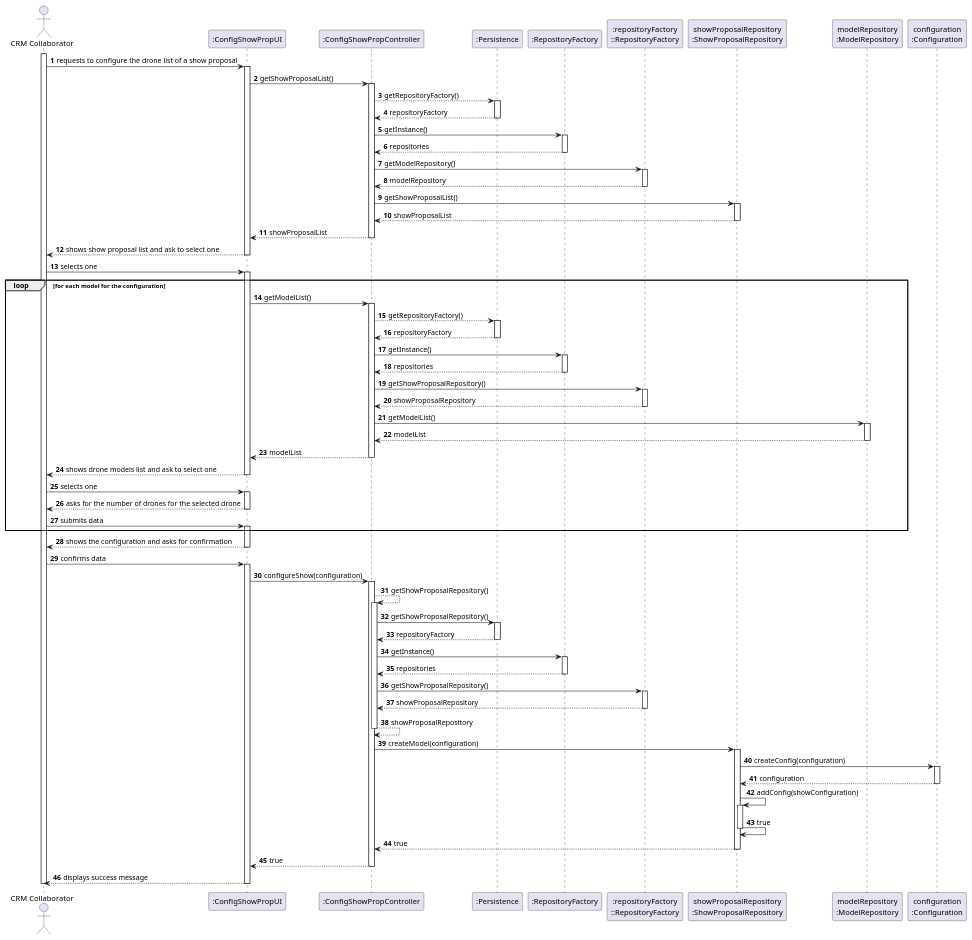
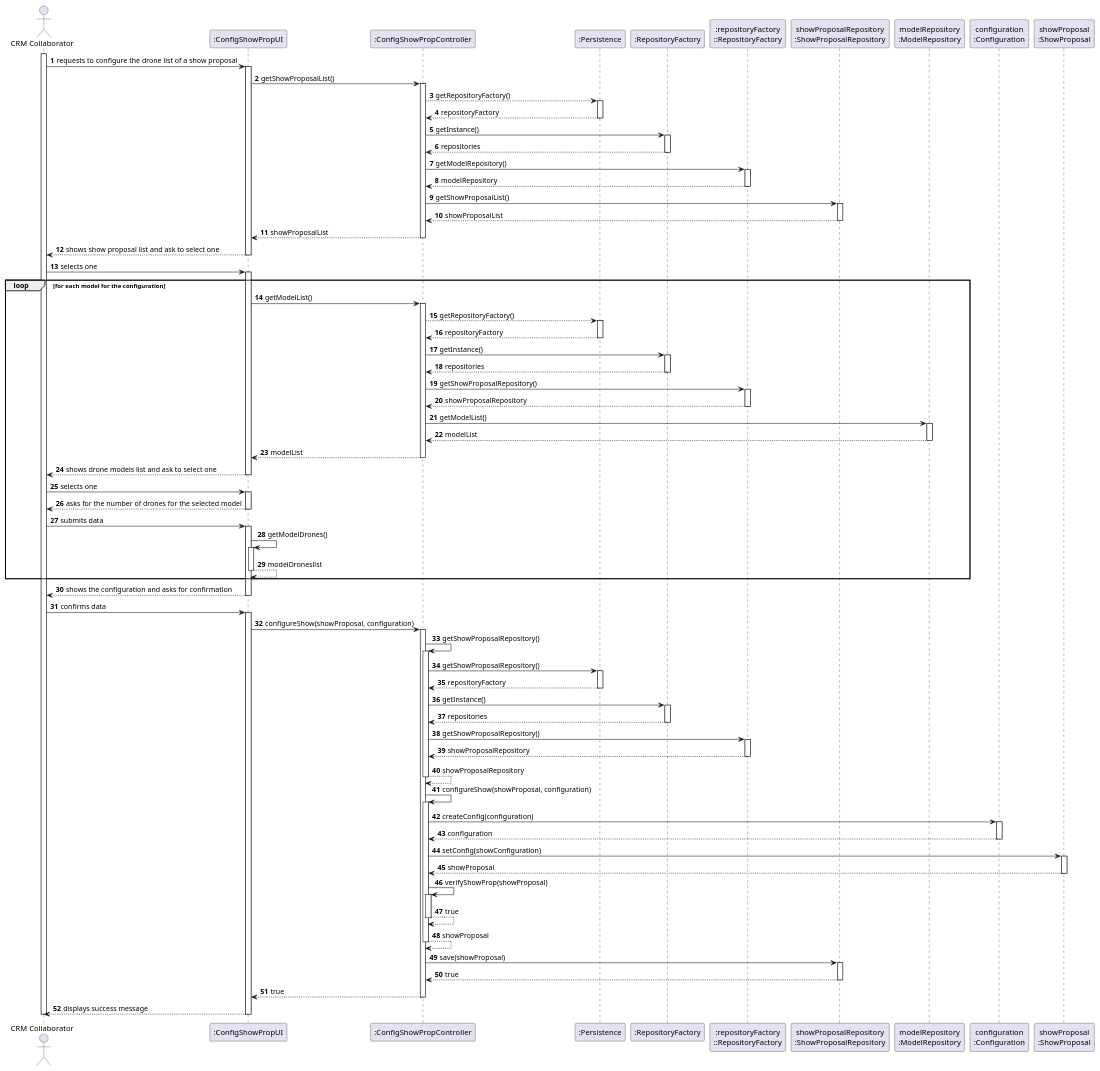
One commit to diogoveirospro/sem4pi-2024-2025-sem4pi_2024_2025_g44 changed the diagram in docs/SPRINT_3/US311/puml/sequence_diagram_us311.puml. Above: the diagram before and after it, drawn with PlantUML. The commit also changed 6 other files, not shown here.

```diff
--- a/docs/SPRINT_3/US311/puml/sequence_diagram_us311.puml
+++ b/docs/SPRINT_3/US311/puml/sequence_diagram_us311.puml
@@ -1,128 +1,141 @@
 @startuml
 'skinparam monochrome
 
 skinparam packageStyle rectangle
 skinparam shadowing false
 
 autonumber
 
 actor "CRM Collaborator" as DT
 participant ":ConfigShowPropUI" as UI
 participant ":ConfigShowPropController" as CTRL
 participant ":Persistence" as PERS
 participant ":RepositoryFactory" as REPOS
 participant ":repositoryFactory\n::RepositoryFactory" as REPOS_SINGLETON
 participant "showProposalRepository\n:ShowProposalRepository" as SP_REPO
 participant "modelRepository\n:ModelRepository" as MOD_REPO
 participant "configuration\n:Configuration" as CONF
+participant "showProposal\n:ShowProposal" as SP
 
 activate DT
 
 DT -> UI : requests to configure the drone list of a show proposal
 activate UI
     UI -> CTRL : getShowProposalList()
     activate CTRL
 
     CTRL --> PERS : getRepositoryFactory()
     activate PERS
     PERS --> CTRL : repositoryFactory
     deactivate PERS
     CTRL -> REPOS : getInstance()
     activate REPOS
     REPOS --> CTRL : repositories
     deactivate REPOS
     CTRL -> REPOS_SINGLETON : getModelRepository()
     activate REPOS_SINGLETON
     REPOS_SINGLETON --> CTRL : modelRepository
     deactivate REPOS_SINGLETON
     CTRL -> SP_REPO : getShowProposalList()
     activate SP_REPO
     SP_REPO --> CTRL : showProposalList
     deactivate SP_REPO
     CTRL --> UI : showProposalList
     deactivate CTRL
     UI --> DT : shows show proposal list and ask to select one
     deactivate UI
     DT -> UI : selects one
     activate UI
     loop for each model for the configuration
     UI -> CTRL : getModelList()
         activate CTRL
 
         CTRL --> PERS : getRepositoryFactory()
         activate PERS
         PERS --> CTRL : repositoryFactory
         deactivate PERS
         CTRL -> REPOS : getInstance()
         activate REPOS
         REPOS --> CTRL : repositories
         deactivate REPOS
         CTRL -> REPOS_SINGLETON : getShowProposalRepository()
         activate REPOS_SINGLETON
         REPOS_SINGLETON --> CTRL : showProposalRepository
         deactivate REPOS_SINGLETON
         CTRL -> MOD_REPO : getModelList()
         activate MOD_REPO
         MOD_REPO --> CTRL : modelList
         deactivate MOD_REPO
         CTRL --> UI : modelList
         deactivate CTRL
     UI --> DT : shows drone models list and ask to select one
     deactivate UI
     DT -> UI : selects one
         activate UI
-        UI --> DT : asks for the number of drones for the selected drone
+        UI --> DT : asks for the number of drones for the selected model
         deactivate UI
          DT -> UI : submits data
          activate UI
+         UI -> UI : getModelDrones()
+         activate UI
+         UI--> UI: modelDroneslist
+         deactivate UI
          end loop
 
                 UI --> DT : shows the configuration and asks for confirmation
                 deactivate UI
     DT -> UI : confirms data
     activate UI
-    UI -> CTRL : configureShow(configuration)
+    UI -> CTRL : configureShow(showProposal, configuration)
     activate CTRL
-        CTRL --> CTRL :getShowProposalRepository()
+        CTRL -> CTRL :getShowProposalRepository()
         activate CTRL
         CTRL -> PERS : getShowProposalRepository()
                                                 activate PERS
                                                 PERS --> CTRL : repositoryFactory
                                                 deactivate PERS
         CTRL -> REPOS : getInstance()
         activate REPOS
             REPOS --> CTRL : repositories
         deactivate REPOS
 
         CTRL -> REPOS_SINGLETON : getShowProposalRepository()
         activate REPOS_SINGLETON
             REPOS_SINGLETON --> CTRL : showProposalRepository
             deactivate REPOS_SINGLETON
         CTRL -->CTRL : showProposalRepository
+        deactivate CTRL
+        CTRL -> CTRL : configureShow(showProposal, configuration)
+        activate CTRL
+         CTRL -> CONF : createConfig(configuration)
+                activate CONF
+                CONF --> CTRL : configuration
+                deactivate CONF
 
+                CTRL ->SP : setConfig(showConfiguration)
+                activate SP
+                SP --> CTRL : showProposal
+                deactivate SP
+                CTRL -> CTRL : verifyShowProp(showProposal)
+                activate CTRL
+                CTRL --> CTRL: true
+                deactivate CTRL
+        CTRL --> CTRL : showProposal
         deactivate CTRL
-            CTRL -> SP_REPO : createModel(configuration)
+            CTRL -> SP_REPO : save(showProposal)
 
             activate SP_REPO
-        SP_REPO -> CONF : createConfig(configuration)
-        activate CONF
-        CONF --> SP_REPO : configuration
-        deactivate CONF
 
-        SP_REPO ->SP_REPO : addConfig(showConfiguration)
-        activate SP_REPO
-        SP_REPO -> SP_REPO : true
-        deactivate SP_REPO
-        SP_REPO --> CTRL : true
+           SP_REPO --> CTRL : true
 
         deactivate SP_REPO
 
         CTRL --> UI : true
 
     deactivate CTRL
 
 UI --> DT : displays success message
 deactivate UI
 deactivate DT
 
 @enduml
```
